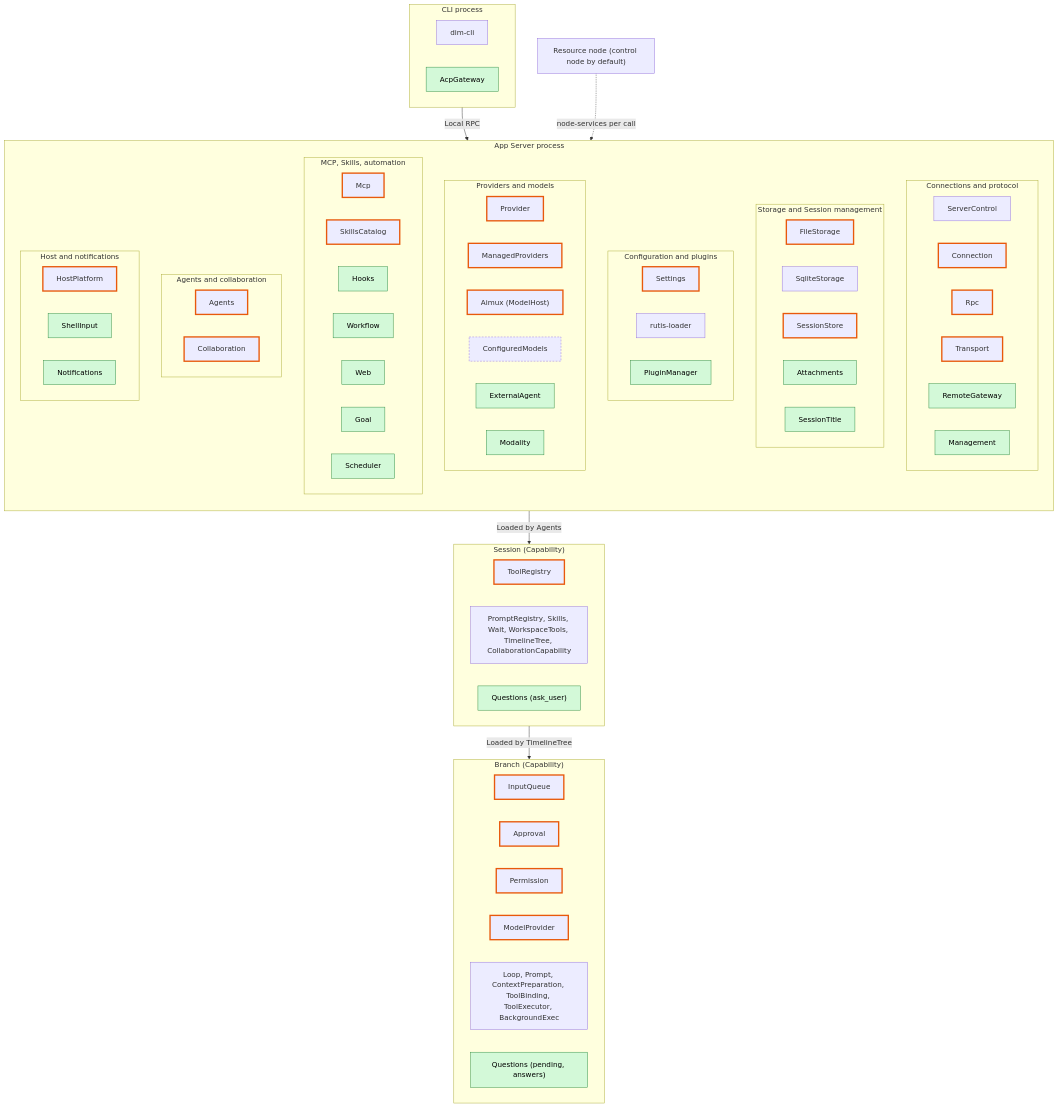
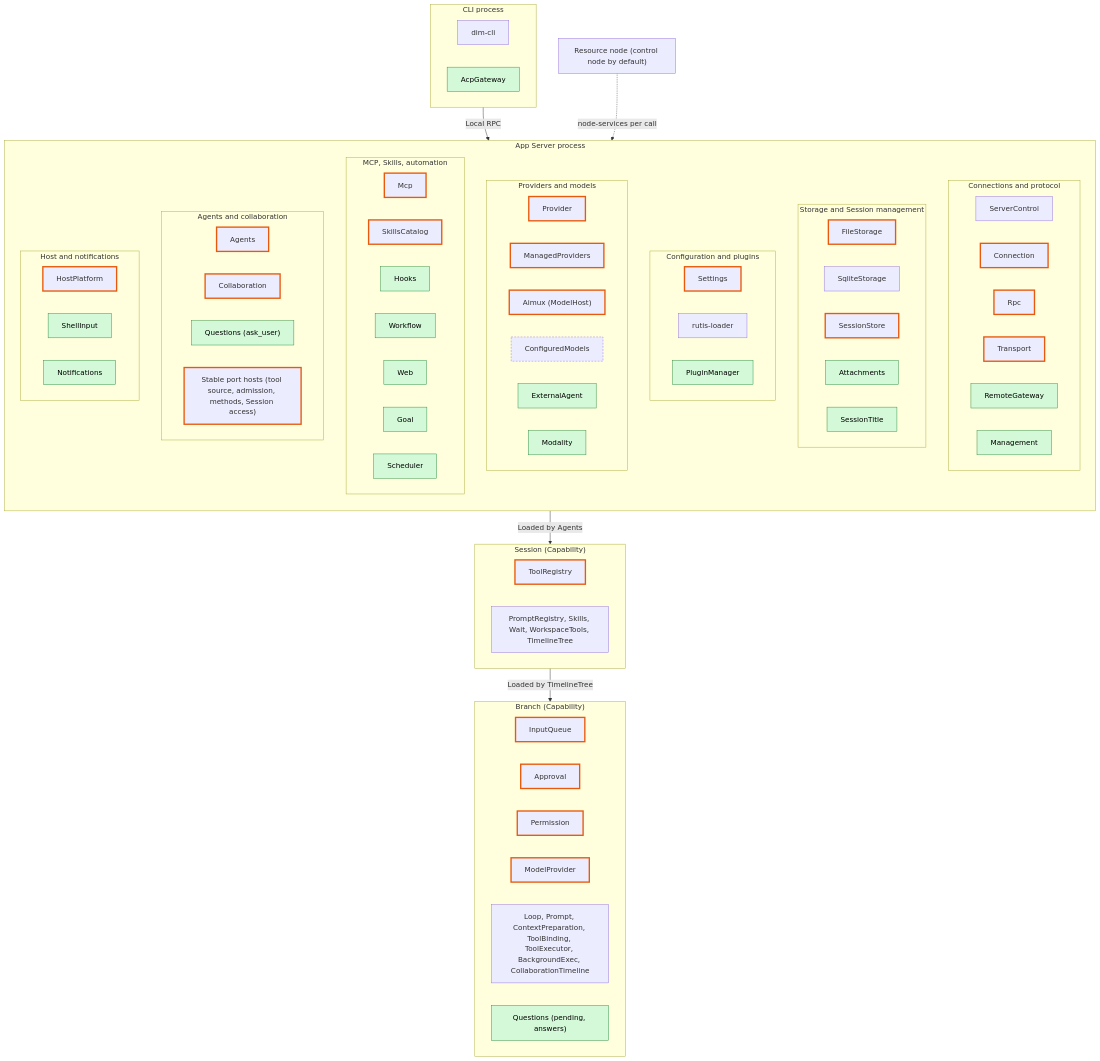
One commit to CoutinhoTTS/dim-agent changed the eighth of 9 diagrams in docs/design/overview.md. Above: the diagram before and after it, drawn with Mermaid. The commit also changed other lines of this file, not shown here.

````diff
--- a/docs/design/overview.md
+++ b/docs/design/overview.md
@@ -638,78 +671,79 @@
 ```mermaid
 flowchart TB
   classDef new fill:#d3f9d8,stroke:#2b8a3e,color:#000
   classDef changed stroke:#e8590c,stroke-width:3px
   classDef optional stroke-dasharray:4 3
 
   subgraph CLIP["CLI process"]
     cli["dim-cli"]
     acp["AcpGateway"]:::new
   end
   subgraph PROC["App Server process"]
     direction TB
     subgraph PC["Connections and protocol"]
       ServerControl["ServerControl"]
       Connection["Connection"]:::changed
       Rpc["Rpc"]:::changed
       Transport["Transport"]:::changed
       RemoteGateway["RemoteGateway"]:::new
       Management["Management"]:::new
     end
     subgraph PS["Storage and Session management"]
       FileStorage["FileStorage"]:::changed
       SqliteStorage["SqliteStorage"]
       SessionStore["SessionStore"]:::changed
       Attachments["Attachments"]:::new
       SessionTitle["SessionTitle"]:::new
     end
     subgraph PCFG["Configuration and plugins"]
       Settings["Settings"]:::changed
       Loader["rutis-loader"]
       PluginManager["PluginManager"]:::new
     end
     subgraph PM["Providers and models"]
       Provider["Provider"]:::changed
       ManagedProviders["ManagedProviders"]:::changed
       Aimux["Aimux (ModelHost)"]:::changed
       ConfiguredModels["ConfiguredModels"]:::optional
       ExternalAgent["ExternalAgent"]:::new
       Modality["Modality"]:::new
     end
     subgraph PE["MCP, Skills, automation"]
       Mcp["Mcp"]:::changed
       SkillsCatalog["SkillsCatalog"]:::changed
       HooksP["Hooks"]:::new
       WorkflowP["Workflow"]:::new
       WebP["Web"]:::new
       GoalP["Goal"]:::new
       SchedulerP["Scheduler"]:::new
     end
     subgraph PA["Agents and collaboration"]
       Agents["Agents"]:::changed
       Collaboration["Collaboration"]:::changed
+      QuestionsP["Questions (ask_user)"]:::new
+      Ports["Stable port hosts (tool source, admission, methods, Session access)"]:::changed
     end
     subgraph PH["Host and notifications"]
       HostPlatform["HostPlatform"]:::changed
       ShellInput["ShellInput"]:::new
       NotificationsP["Notifications"]:::new
     end
   end
   subgraph SES["Session (Capability)"]
     ToolRegistry["ToolRegistry"]:::changed
-    OtherS["PromptRegistry, Skills, Wait, WorkspaceTools, TimelineTree, CollaborationCapability"]
-    QuestionsS["Questions (ask_user)"]:::new
+    OtherS["PromptRegistry, Skills, Wait, WorkspaceTools, TimelineTree"]
   end
   subgraph BR["Branch (Capability)"]
     InputQueue["InputQueue"]:::changed
     Approval["Approval"]:::changed
     Permission["Permission"]:::changed
     ModelProvider["ModelProvider"]:::changed
-    OtherB["Loop, Prompt, ContextPreparation, ToolBinding, ToolExecutor, BackgroundExec"]
+    OtherB["Loop, Prompt, ContextPreparation, ToolBinding, ToolExecutor, BackgroundExec, CollaborationTimeline"]
     QuestionsB["Questions (pending, answers)"]:::new
   end
   RN["Resource node (control node by default)"]
   CLIP -->|"Local RPC"| PROC
   RN -.->|"node-services per call"| PROC
   PROC -->|"Loaded by Agents"| SES
   SES -->|"Loaded by TimelineTree"| BR
 ```
````
